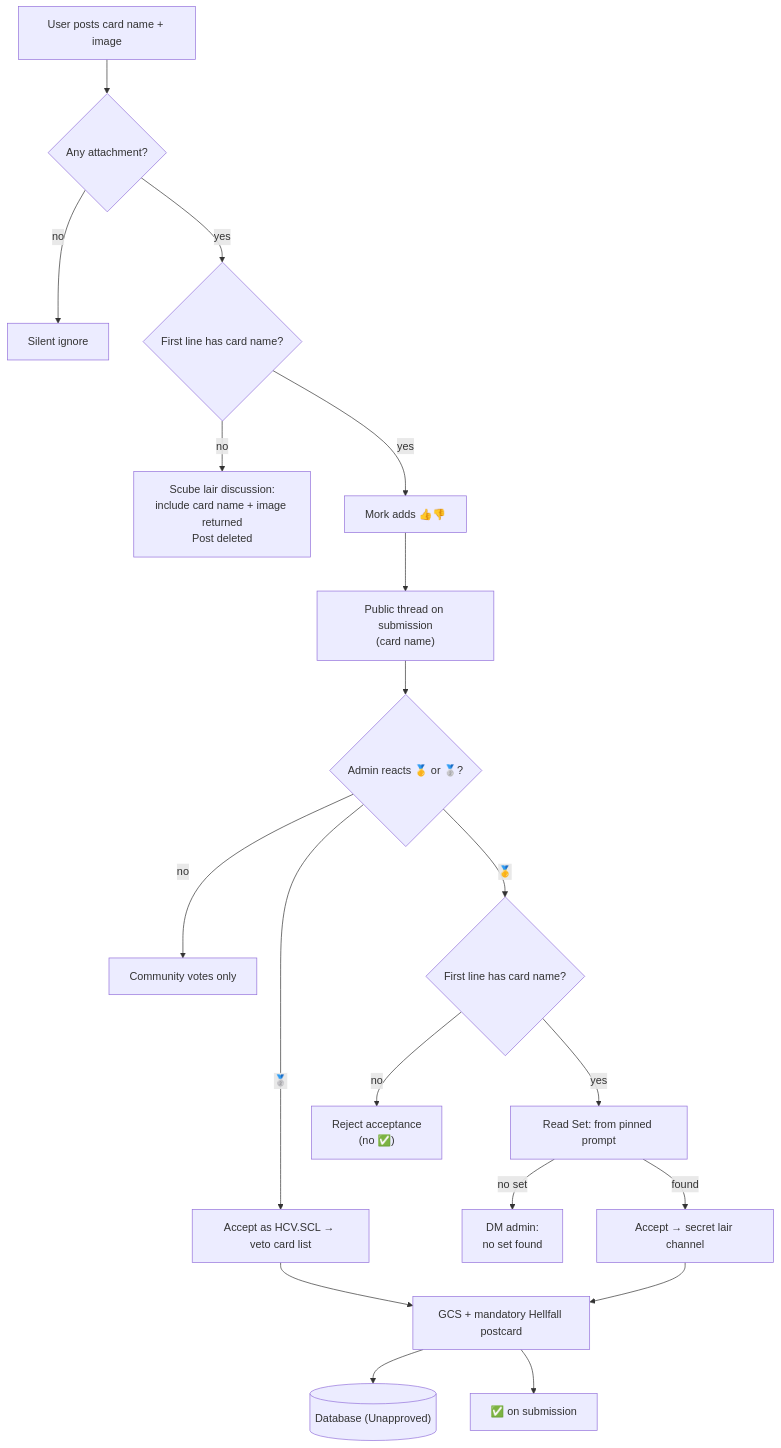
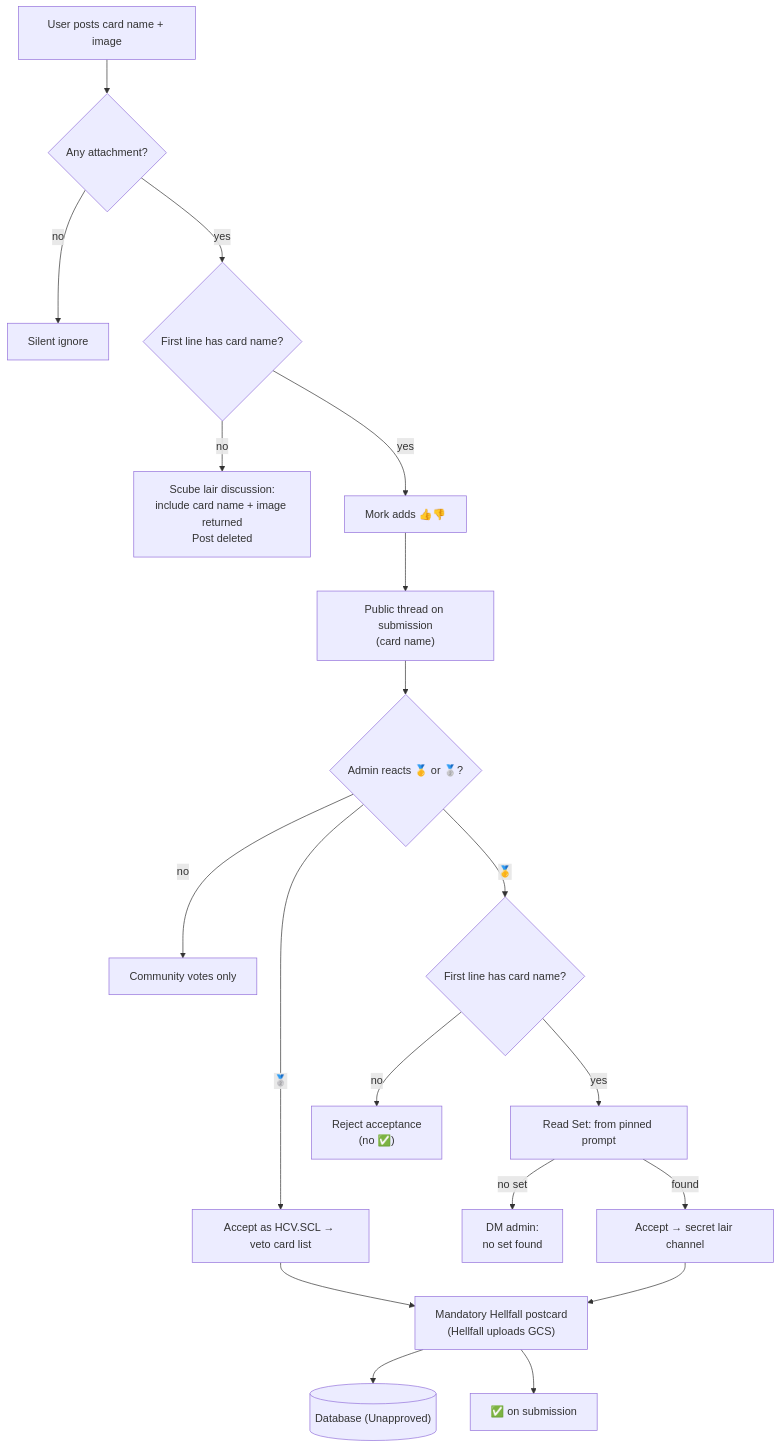
One commit to bones-bones/mork changed the fifth of 6 diagrams in docs/card-flows/submissions.md. Above: the diagram before and after it, drawn with Mermaid. The commit also changed other lines of this file and 5 other files, not shown here.

First line of the commit message:
Fix inverted branches and stale thresholds in card-flow Mermaid docs. (#183)

````diff
--- a/docs/card-flows/submissions.md
+++ b/docs/card-flows/submissions.md
@@ -162,21 +165,21 @@
 ```mermaid
 flowchart TD
   U["User posts card name + image"] --> ATT{"Any attachment?"}
   ATT -->|no| MISS["Silent ignore"]
   ATT -->|yes| NAME{"First line has card name?"}
   NAME -->|no| NONAME["Scube lair discussion:<br/>include card name + image returned<br/>Post deleted"]
   NAME -->|yes| V["Mork adds 👍👎"]
   V --> THREAD["Public thread on submission<br/>(card name)"]
   THREAD --> MED{"Admin reacts 🥇 or 🥈?"}
   MED -->|no| WAIT["Community votes only"]
   MED -->|🥈| VETO["Accept as HCV.SCL → veto card list"]
   MED -->|🥇| TITLE{"First line has card name?"}
   TITLE -->|no| REJ["Reject acceptance<br/>(no ✅)"]
   TITLE -->|yes| PIN["Read Set: from pinned prompt"]
   PIN -->|no set| NOSET["DM admin:<br/>no set found"]
   PIN -->|found| SL["Accept → secret lair channel"]
-  VETO --> ACC["GCS + mandatory Hellfall postcard"]
+  VETO --> ACC["Mandatory Hellfall postcard<br/>(Hellfall uploads GCS)"]
   SL --> ACC
   ACC --> SH[("Database (Unapproved)")]
   ACC --> OK["✅ on submission"]
 ```
````
